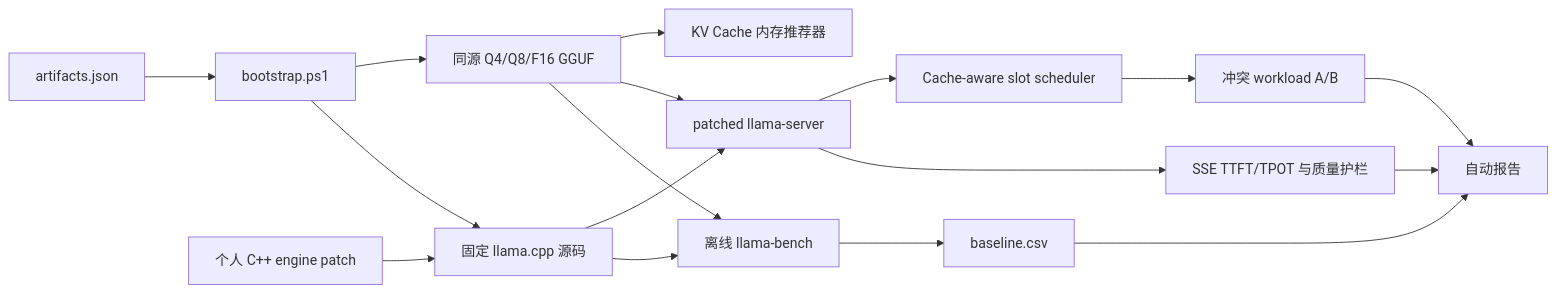
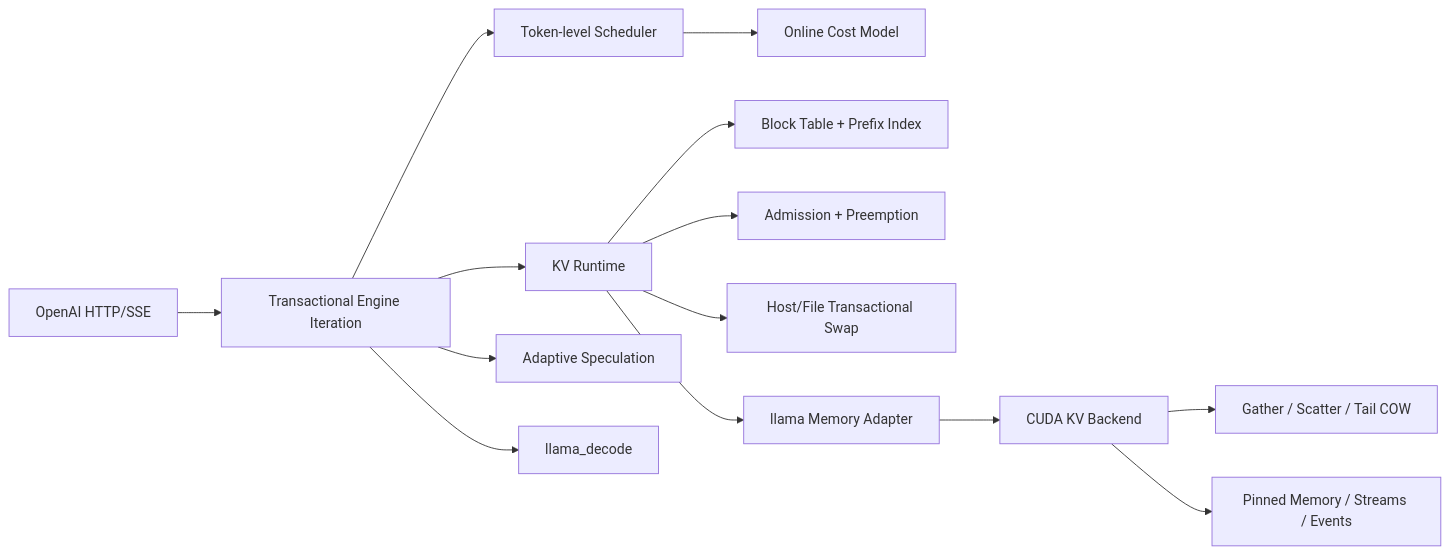
Before and after one commit to Ljzljz-211302/cacheflow-llama-runtime: the diagram in README.md, drawn with Mermaid. The commit also changed other lines of this file and 23 other files, not shown here.

Commit message:
feat: finalize CacheFlow runtime acceptance

````diff
--- a/README.md
+++ b/README.md
@@ -21,19 +9,16 @@
 ```mermaid
 flowchart LR
-    A[artifacts.json] --> B[bootstrap.ps1]
-    B --> C[固定 llama.cpp 源码]
-    K[个人 C++ engine patch] --> C
-    B --> D[同源 Q4/Q8/F16 GGUF]
-    C --> E[离线 llama-bench]
-    D --> E
-    C --> F[patched llama-server]
-    D --> F
-    E --> G[baseline.csv]
-    F --> H[SSE TTFT/TPOT 与质量护栏]
-    G --> I[自动报告]
-    H --> I
-    D --> J[KV Cache 内存推荐器]
-    F --> L[Cache-aware slot scheduler]
-    L --> M[冲突 workload A/B]
-    M --> I
+    HTTP[OpenAI HTTP/SSE] --> Engine[Transactional Engine Iteration]
+    Engine --> Scheduler[Token-level Scheduler]
+    Scheduler --> Cost[Online Cost Model]
+    Engine --> KV[KV Runtime]
+    KV --> Blocks[Block Table + Prefix Index]
+    KV --> Admission[Admission + Preemption]
+    KV --> Swap[Host/File Transactional Swap]
+    KV --> Adapter[llama Memory Adapter]
+    Adapter --> CUDA[CUDA KV Backend]
+    CUDA --> Kernels[Gather / Scatter / Tail COW]
+    CUDA --> Async[Pinned Memory / Streams / Events]
+    Engine --> Spec[Adaptive Speculation]
+    Engine --> Decode[llama_decode]
 ```
````
